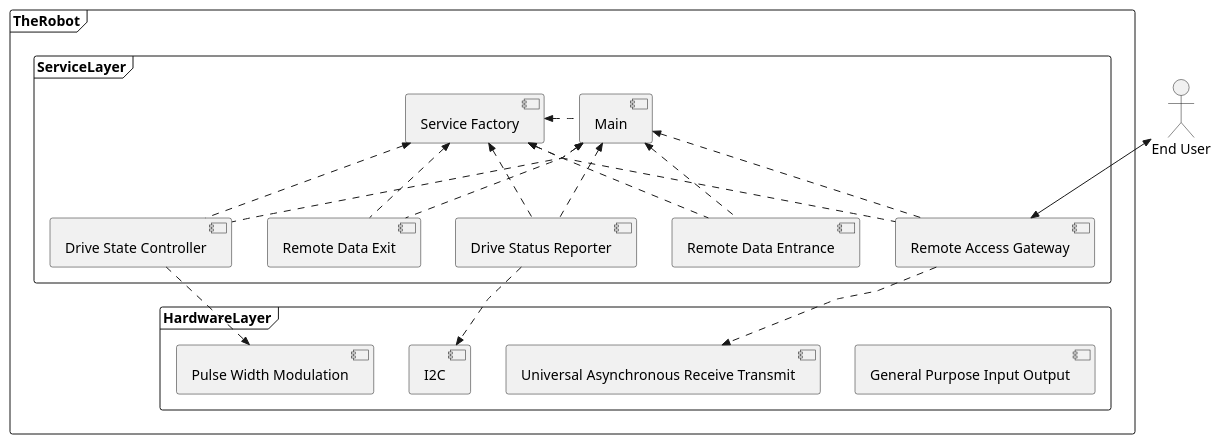
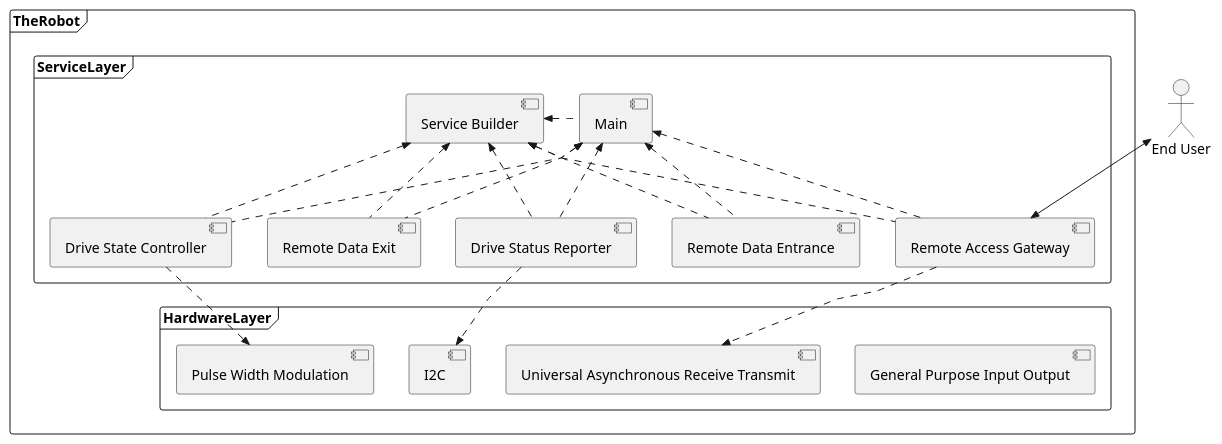
The diagram in design/components.puml (The-Arkitekt/the-robot), drawn with PlantUML before and after one commit. The commit also changed 29 other files, not shown here.

```diff
--- a/design/components.puml
+++ b/design/components.puml
@@ -1,46 +1,46 @@
 @startuml
 skinparam linetype polyline
 
 actor "End User" as EU
 
 frame TheRobot {
   frame ServiceLayer {
     component "Main" as M
-    component "Service Factory" as SF
+    component "Service Builder" as SB
     component "Remote Access Gateway" as RAG
     component "Remote Data Entrance" as RDEN
     component "Drive Status Reporter" as DSR
     component "Drive State Controller" as DSC
     component "Remote Data Exit" as RDEX
   }
   
   frame HardwareLayer {
     component "General Purpose Input Output" as GPIO
     component "Pulse Width Modulation" as PWM
     component "Universal Asynchronous Receive Transmit" as UART
     component "I2C" as I2C
   }
 }
 
 EU <<-down->> RAG
 
 ''' Intra ServiceLayer
-M .left.>> SF
+M .left.>> SB
 
 RAG  .up.>> M
-RAG  .up.>> SF
+RAG  .up.>> SB
 RDEN .up.>> M
-RDEN .up.>> SF
+RDEN .up.>> SB
 DSR  .up.>> M
-DSR  .up.>> SF
+DSR  .up.>> SB
 DSC  .up.>> M
-DSC  .up.>> SF
+DSC  .up.>> SB
 RDEX .up.>> M
-RDEX .up.>> SF
+RDEX .up.>> SB
 
 ''' ServiceLayer to HardwareLayer
 RAG .down.>> UART
 DSR .down.>> I2C
 DSC .down.>> PWM
 
 @enduml
```
